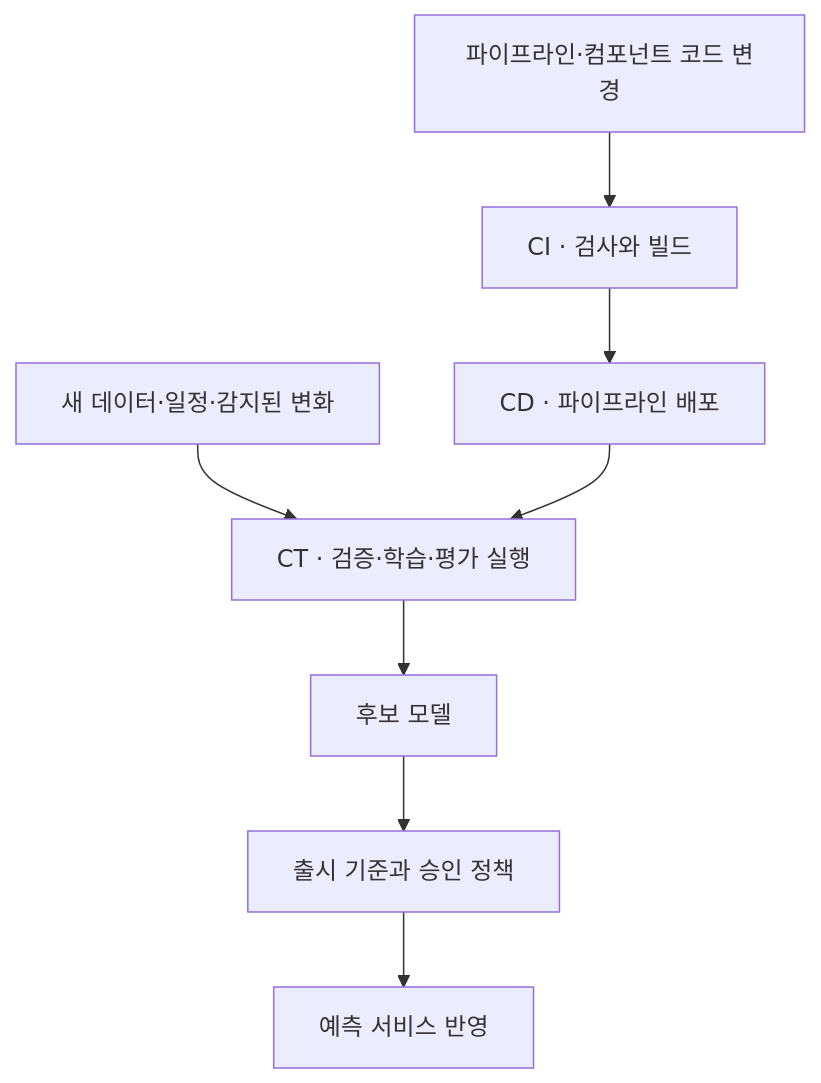
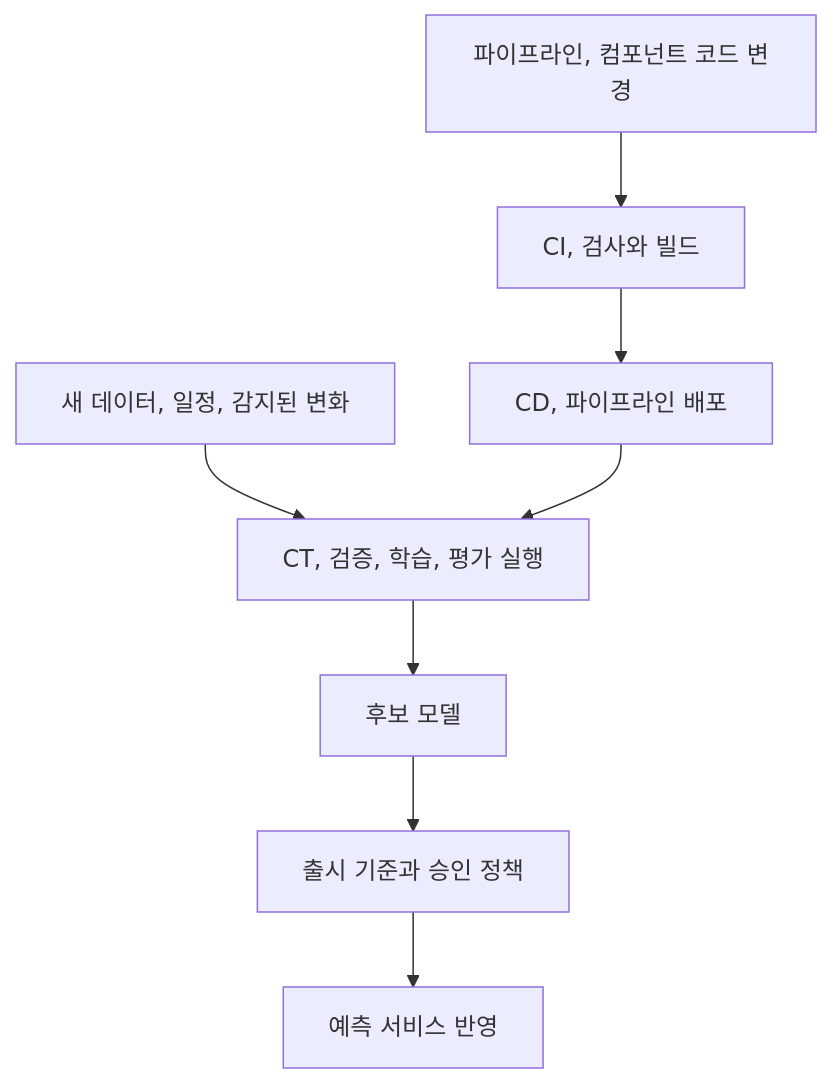
The second of 2 diagrams in content/docs/tech/machine-learning-platform-engineering/02-what-is-mlops.md (johklo/johklo.github.io), drawn with Mermaid before and after one commit. The commit also changed other lines of this file and 14 other files, not shown here.

````diff
--- a/content/docs/tech/machine-learning-platform-engineering/02-what-is-mlops.md
+++ b/content/docs/tech/machine-learning-platform-engineering/02-what-is-mlops.md
@@ -143,12 +135,12 @@
 ```mermaid
 flowchart TD
     accTitle: 파이프라인 코드 변경과 지속 학습의 다른 경로
-    accDescr: 코드 변경은 검사·빌드를 거쳐 학습 파이프라인으로 배포된다. 데이터나 일정의 트리거는 그 파이프라인을 실행한다. 새 모델은 품질 검증과 출시 정책을 거쳐 서비스에 반영된다.
-    A["파이프라인·컴포넌트 코드 변경"] --> B["CI · 검사와 빌드"]
-    B --> C["CD · 파이프라인 배포"]
-    D["새 데이터·일정·감지된 변화"] --> E["CT · 검증·학습·평가 실행"]
+    accDescr: 코드 변경은 검사, 빌드를 거쳐 학습 파이프라인으로 배포된다. 데이터나 일정의 트리거는 그 파이프라인을 실행한다. 새 모델은 품질 검증과 출시 정책을 거쳐 서비스에 반영된다.
+    A["파이프라인, 컴포넌트 코드 변경"] --> B["CI, 검사와 빌드"]
+    B --> C["CD, 파이프라인 배포"]
+    D["새 데이터, 일정, 감지된 변화"] --> E["CT, 검증, 학습, 평가 실행"]
     C --> E
     E --> F["후보 모델"]
     F --> G["출시 기준과 승인 정책"]
     G --> H["예측 서비스 반영"]
 ```
````
